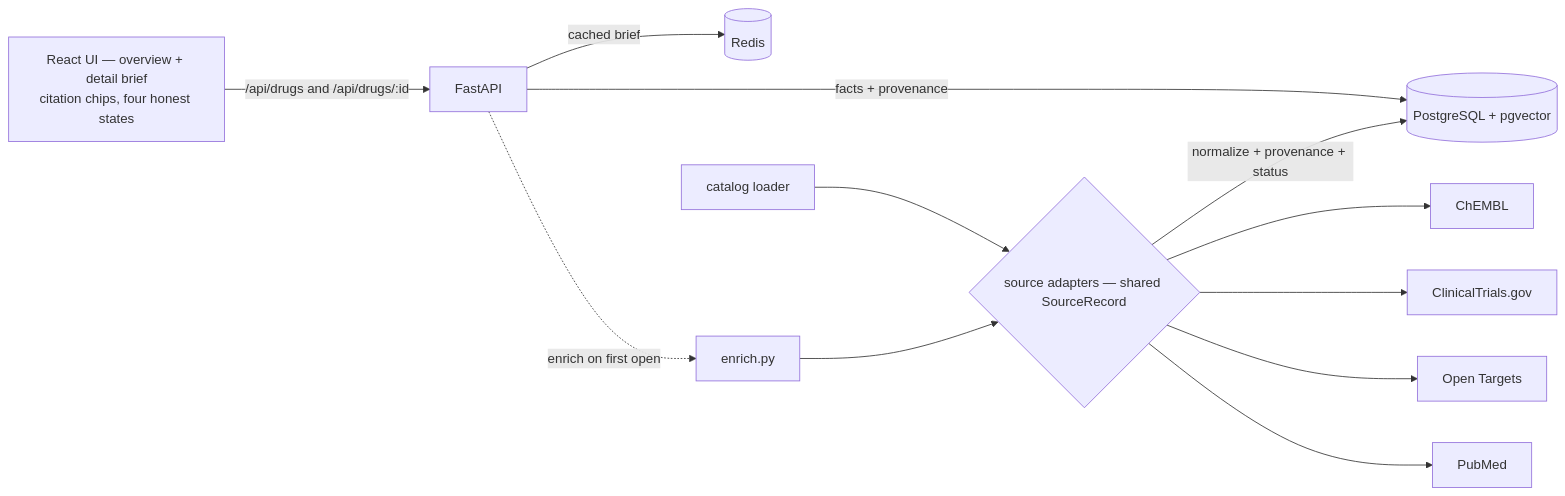
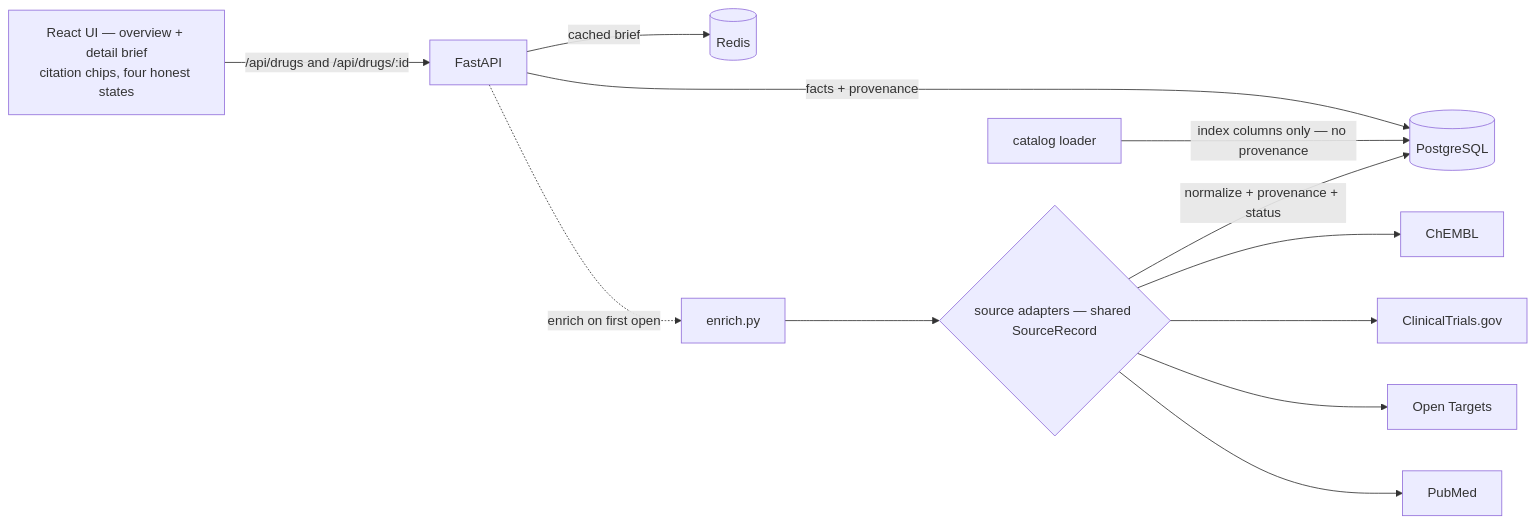
Before and after one commit to AlsoTheZv3n/h2h-research-v2: the diagram in README.md, drawn with Mermaid. The commit also changed other lines of this file and 17 other files, not shown here.

````diff
--- a/README.md
+++ b/README.md
@@ -86,14 +86,14 @@
 ```mermaid
 flowchart LR
   UI["React UI — overview + detail brief<br/>citation chips, four honest states"] -->|"/api/drugs and /api/drugs/:id"| API[FastAPI]
   API -->|cached brief| REDIS[(Redis)]
-  API -->|"facts + provenance"| DB[("PostgreSQL + pgvector")]
+  API -->|"facts + provenance"| DB[("PostgreSQL")]
   API -. "enrich on first open" .-> ENR["enrich.py"]
-  CAT["catalog loader"] --> AD
+  CAT["catalog loader"] -->|"index columns only — no provenance"| DB
   ENR --> AD{"source adapters — shared SourceRecord"}
   AD --> CH[ChEMBL]
   AD --> CT[ClinicalTrials.gov]
   AD --> OT[Open Targets]
   AD --> PM[PubMed]
   AD -->|"normalize + provenance + status"| DB
 ```
````
